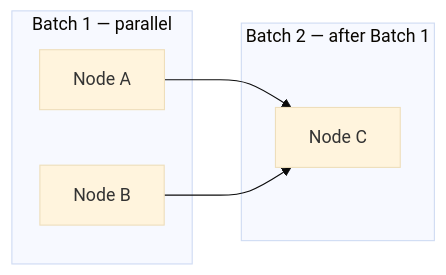
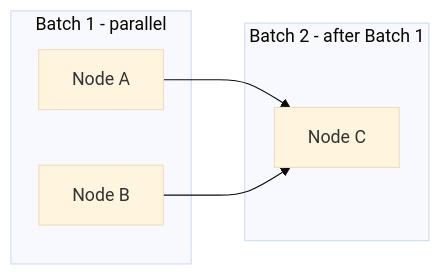
The first of 9 diagrams in docs/project/architecture/satellites/NEXUS_EXECUTION_FLOW_extended_depth.md (jakbuczarnecki/intergrax), drawn with Mermaid (base theme) before and after one commit. The commit also changed other lines of this file and 863 other files, not shown here.

````diff
--- a/docs/project/architecture/satellites/NEXUS_EXECUTION_FLOW_extended_depth.md
+++ b/docs/project/architecture/satellites/NEXUS_EXECUTION_FLOW_extended_depth.md
@@ -11,12 +11,12 @@
 ```mermaid
 flowchart LR
-    subgraph Batch1["Batch 1 — parallel"]
+    subgraph Batch1["Batch 1 - parallel"]
         A[Node A]
         B[Node B]
     end
-    subgraph Batch2["Batch 2 — after Batch 1"]
+    subgraph Batch2["Batch 2 - after Batch 1"]
         C[Node C]
     end
     A --> C
     B --> C
 ```
````
